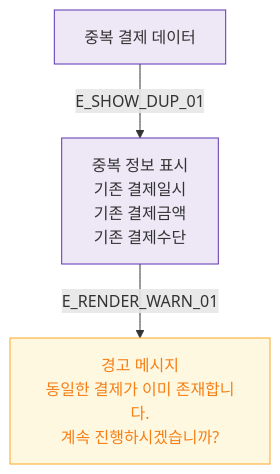
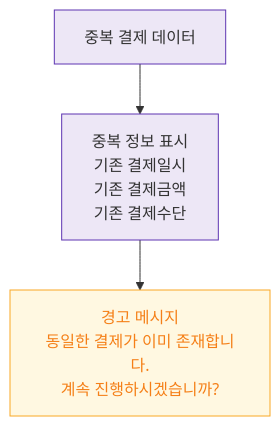
Before and after one commit to dev-spogym/admin-pando: the diagram in docs/다이어그램/D03_매출관리/DLG-S004_중복결제경고/M2_필드검증.md, drawn with Mermaid. The commit also changed other lines of this file and 1660 other files, not shown here.

First line of the commit message:
다이어그램: 기획자/클라이언트 납품본으로 정리

````diff
--- a/docs/다이어그램/D03_매출관리/DLG-S004_중복결제경고/M2_필드검증.md
+++ b/docs/다이어그램/D03_매출관리/DLG-S004_중복결제경고/M2_필드검증.md
@@ -20,11 +18,11 @@
 ```mermaid
 flowchart TD
-    DUP_DATA[중복 결제 데이터] -->|E_SHOW_DUP_01| DISPLAY[중복 정보 표시\n기존 결제일시\n기존 결제금액\n기존 결제수단]
-    DISPLAY -->|E_RENDER_WARN_01| WARN_MSG[경고 메시지\n동일한 결제가 이미 존재합니다.\n계속 진행하시겠습니까?]
+    DUP_DATA[중복 결제 데이터] --> DISPLAY[중복 정보 표시\n기존 결제일시\n기존 결제금액\n기존 결제수단]
+    DISPLAY --> WARN_MSG[경고 메시지\n동일한 결제가 이미 존재합니다.\n계속 진행하시겠습니까?]
 
     classDef warning fill:#FFF8E1,stroke:#F9A825,color:#F57F17
     classDef system fill:#EDE7F6,stroke:#5E35B2
 
     class WARN_MSG warning
     class DUP_DATA,DISPLAY system
 ```
````
